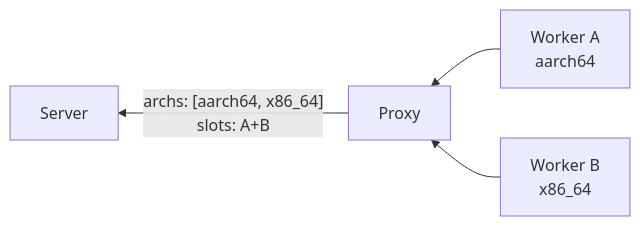
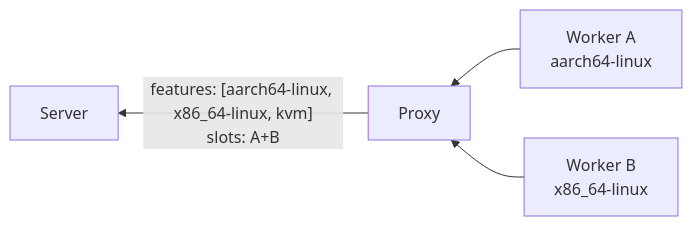
One commit to wavelens/gradient changed the sixth of 20 diagrams in docs/src/development/proto.md. Above: the diagram before and after it, drawn with Mermaid. The commit also changed other lines of this file and 29 other files, not shown here.

````diff
--- a/docs/src/development/proto.md
+++ b/docs/src/development/proto.md
@@ -124,6 +214,6 @@
 ```mermaid
 graph RL
-    A[Worker A<br/>aarch64] --> P[Proxy]
-    B[Worker B<br/>x86_64] --> P
-    P -->|"archs: [aarch64, x86_64]<br/>slots: A+B"| S[Server]
+    A[Worker A<br/>aarch64-linux] --> P[Proxy]
+    B[Worker B<br/>x86_64-linux] --> P
+    P -->|"features: [aarch64-linux, x86_64-linux, kvm]<br/>slots: A+B"| S[Server]
 ```
````
